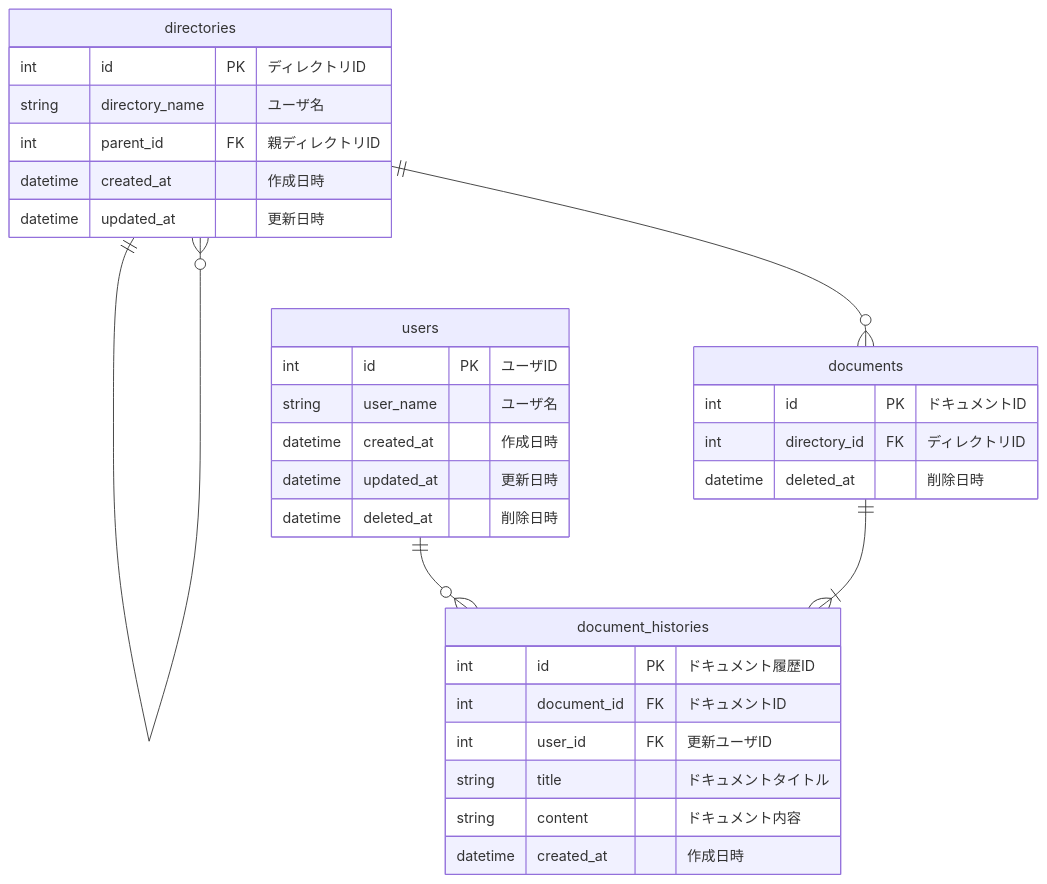
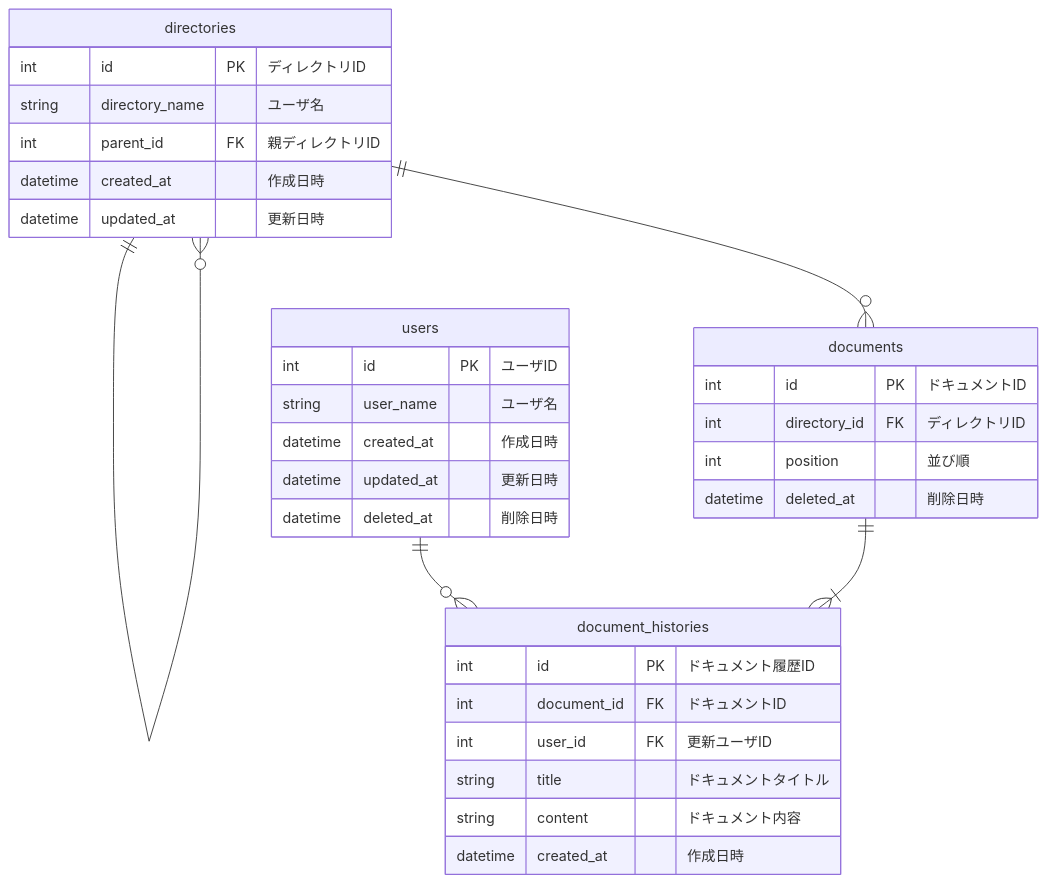
The diagram in db_modeling_3/mysql/er.md (ssfuno/praha_issues), drawn with Mermaid before and after one commit. The commit also changed 4 other files, not shown here.

````diff
--- a/db_modeling_3/mysql/er.md
+++ b/db_modeling_3/mysql/er.md
@@ -1,38 +1,39 @@
 ```mermaid
 erDiagram
     users ||--o{ document_histories : ""
     directories ||--o{ directories : ""
     directories ||--o{ documents : ""
     documents ||--|{ document_histories : ""
 
     users {
         int id PK "ユーザID"
         string user_name "ユーザ名"
         datetime created_at "作成日時"
         datetime updated_at "更新日時"
         datetime deleted_at "削除日時"
     }
 
     directories {
         int id PK "ディレクトリID"
         string directory_name "ユーザ名"
         int parent_id FK "親ディレクトリID"
         datetime created_at "作成日時"
         datetime updated_at "更新日時"
     }
 
     documents {
         int id PK "ドキュメントID"
         int directory_id FK "ディレクトリID"
+        int position "並び順"
         datetime deleted_at "削除日時"
     }
 
     document_histories {
         int id PK "ドキュメント履歴ID"
         int document_id FK "ドキュメントID"
         int user_id FK "更新ユーザID"
         string title "ドキュメントタイトル"
         string content "ドキュメント内容"
         datetime created_at "作成日時"
     }
 ```
````
